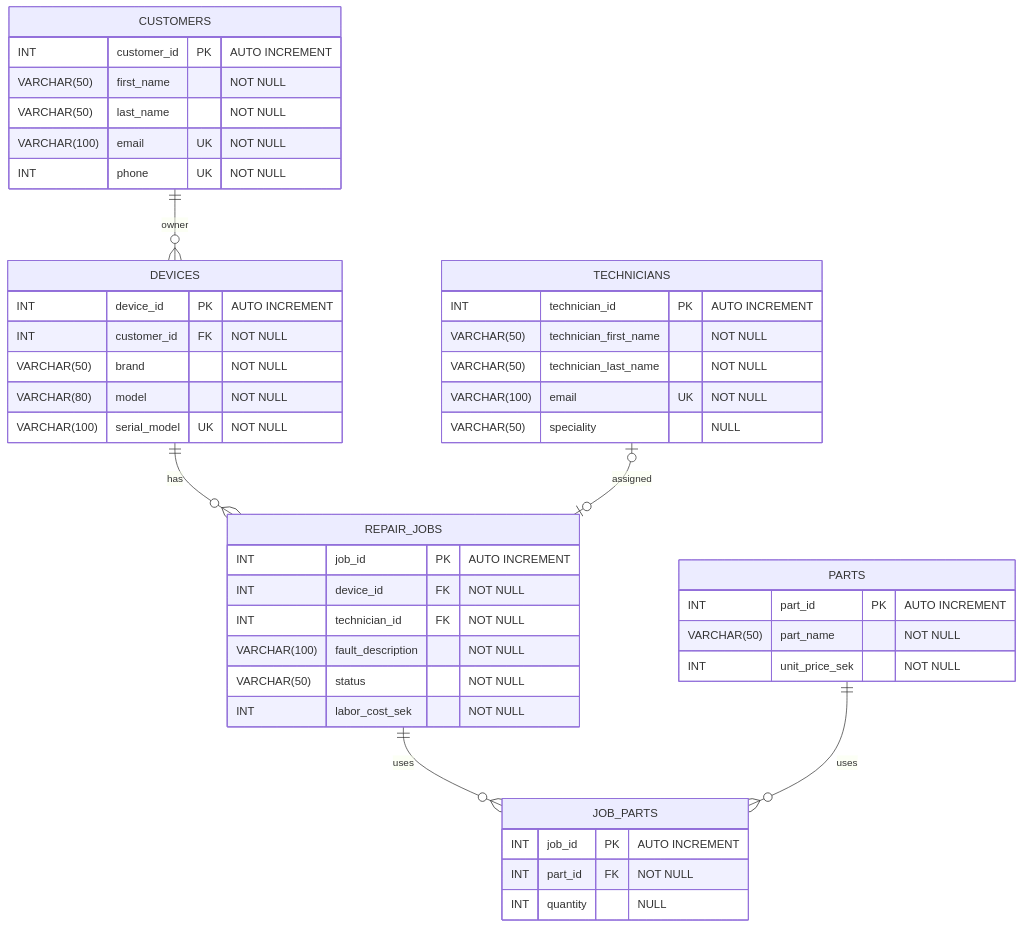
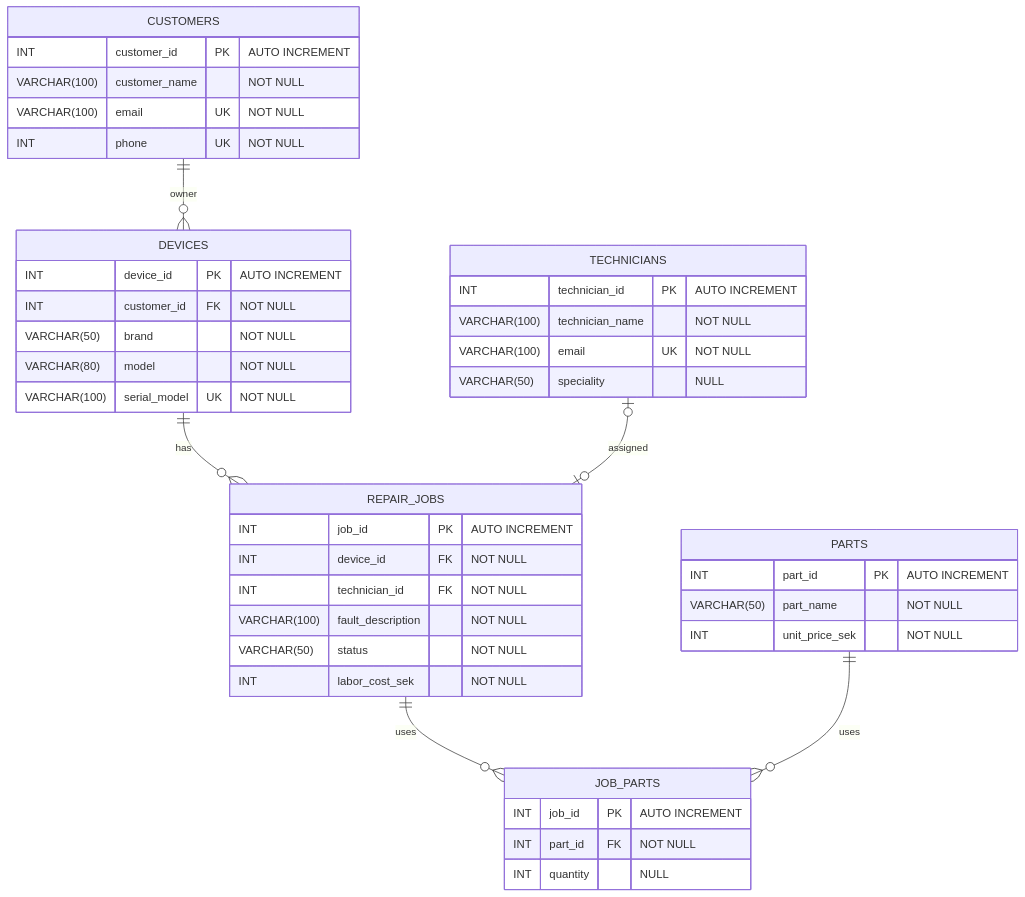
One commit to Shyz99/SchoolDisaGrit changed the diagram in er_diagram.md. Above: the diagram before and after it, drawn with Mermaid. The commit also changed 3 other files, not shown here.

````diff
--- a/er_diagram.md
+++ b/er_diagram.md
@@ -24,57 +24,55 @@
 ```mermaid
 erDiagram
 
 CUSTOMERS ||--o{ DEVICES : owner
 DEVICES ||--o{ REPAIR_JOBS : has
 TECHNICIANS o|--o| REPAIR_JOBS : assigned
 REPAIR_JOBS ||--o{ JOB_PARTS : uses
 PARTS ||--o{ JOB_PARTS : uses
 
 
 CUSTOMERS {
     INT customer_id PK "AUTO INCREMENT"
-    VARCHAR(50) first_name "NOT NULL"
-    VARCHAR(50) last_name "NOT NULL"
+    VARCHAR(100) customer_name "NOT NULL"
     VARCHAR(100) email UK "NOT NULL"
     INT phone UK "NOT NULL"
 }
 
 DEVICES {
     INT device_id PK "AUTO INCREMENT"
     INT customer_id FK "NOT NULL"
     VARCHAR(50) brand "NOT NULL"
     VARCHAR(80) model "NOT NULL"
     VARCHAR(100) serial_model UK "NOT NULL"
 }
 
 JOB_PARTS {
     INT job_id PK "AUTO INCREMENT"
     INT part_id FK "NOT NULL"
     INT quantity "NULL"
 }
 
 PARTS {
     INT part_id PK "AUTO INCREMENT"
     VARCHAR(50) part_name "NOT NULL"
     INT unit_price_sek "NOT NULL"
 }
 
 
 REPAIR_JOBS {
     INT job_id PK "AUTO INCREMENT"
     INT device_id FK "NOT NULL"
     INT technician_id FK "NOT NULL"
     VARCHAR(100) fault_description "NOT NULL"
     VARCHAR(50) status "NOT NULL"
     INT labor_cost_sek "NOT NULL"
 }
 
 TECHNICIANS {
     INT technician_id PK "AUTO INCREMENT"
-    VARCHAR(50) technician_first_name "NOT NULL"
-    VARCHAR(50) technician_last_name "NOT NULL"
+    VARCHAR(100) technician_name "NOT NULL"
     VARCHAR(100) email UK "NOT NULL"
     VARCHAR(50) speciality "NULL"
 }
 
 ```
````
